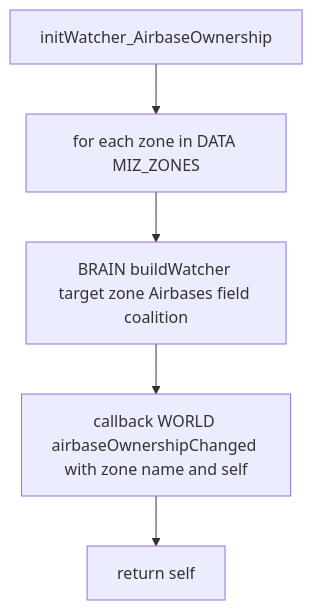
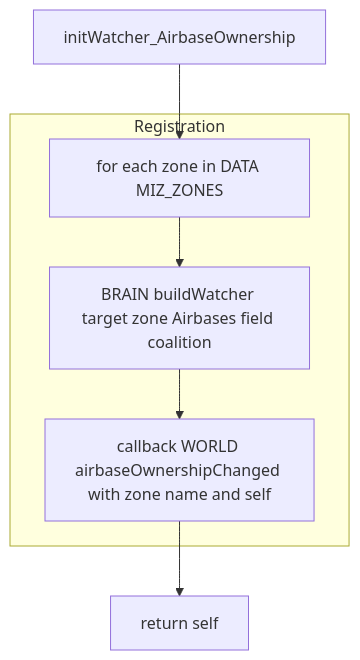
Before and after one commit to Gh0st352/AETHR: the first of 3 diagrams in docs/zone_manager/watchers.md, drawn with Mermaid. The commit also changed other lines of this file and 6 other files, not shown here.

Commit message:
docs(zone_manager, mermaid): normalize headings, restructure Mermaid diagrams, and add shared theme & class annotations

````diff
--- a/docs/zone_manager/watchers.md
+++ b/docs/zone_manager/watchers.md
@@ -23,7 +23,13 @@
 ```mermaid
+%% shared theme: docs/_mermaid/theme.json %%
 flowchart TD
   A1[initWatcher_AirbaseOwnership] --> A2[for each zone in DATA MIZ_ZONES]
-  A2 --> A3[BRAIN buildWatcher target zone Airbases field coalition]
-  A3 --> A4[callback WORLD airbaseOwnershipChanged with zone name and self]
+  subgraph "Registration"
+    A2 --> A3[BRAIN buildWatcher target zone Airbases field coalition]
+    A3 --> A4[callback WORLD airbaseOwnershipChanged with zone name and self]
+  end
   A4 --> A5[return self]
+  class A2,A4 class_step;
+  class A3 class_compute;
+  class A5 class_result;
 ```
````
